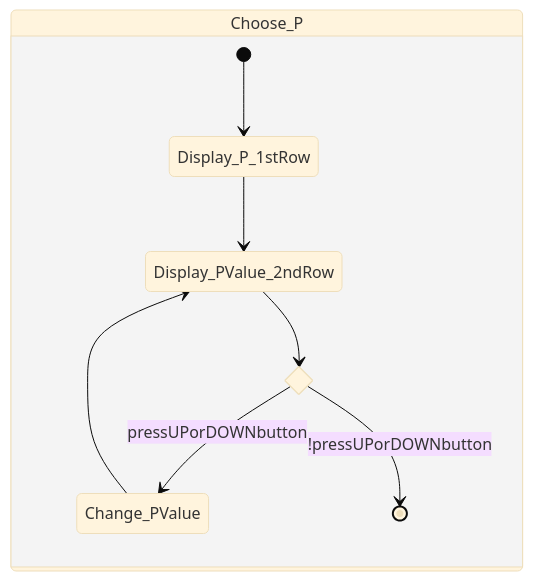
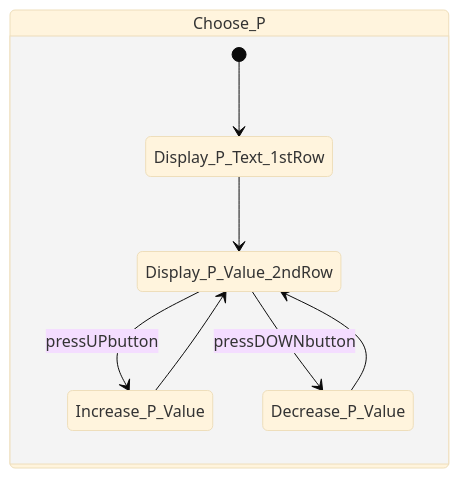
One commit to sondhg/embedded-control-fsm changed the eighth of 10 diagrams in README.md. Above: the diagram before and after it, drawn with Mermaid (base theme). The commit also changed other lines of this file, not shown here.

Commit message:
refactor state diagram for improved clarity and flow in temperature controller interface

````diff
--- a/README.md
+++ b/README.md
@@ -175,14 +151,12 @@
 ```mermaid
 stateDiagram-v2
     direction TB
     state Choose_P {
-        [*] --> Display_P_1stRow
-        Display_P_1stRow --> Display_PValue_2ndRow
-
-            state if_state_change_P_value <<choice>>
-            Display_PValue_2ndRow --> if_state_change_P_value
-            if_state_change_P_value --> Change_PValue: pressUPorDOWNbutton
-            Change_PValue --> Display_PValue_2ndRow
-            if_state_change_P_value --> [*]: !pressUPorDOWNbutton
+        [*] --> Display_P_Text_1stRow
+        Display_P_Text_1stRow --> Display_P_Value_2ndRow
+        Display_P_Value_2ndRow --> Increase_P_Value: pressUPbutton
+        Increase_P_Value --> Display_P_Value_2ndRow
+        Display_P_Value_2ndRow --> Decrease_P_Value: pressDOWNbutton
+        Decrease_P_Value --> Display_P_Value_2ndRow
         }
 ```
````
